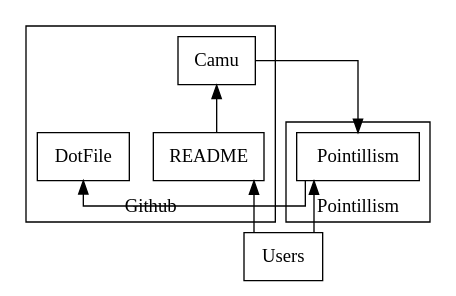
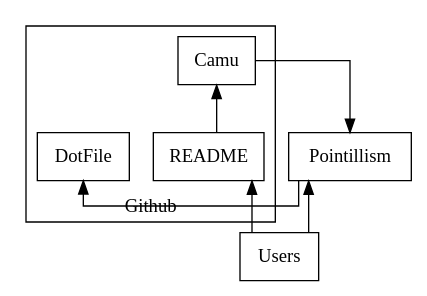
One commit to trevorgrayson/pointillism changed the diagram in pointillism.dot. Above: the diagram before and after it, drawn with Graphviz. The commit also changed 6 other files, not shown here.

```diff
--- a/pointillism.dot
+++ b/pointillism.dot
@@ -1,23 +1,19 @@
 digraph Example {
   node[shape=rectangle]
   splines=ortho
   rankdir=BT
 
   subgraph cluster_Github {
     label = Github
 
     README
     DotFile
     README -> Camu
   }
   Camu -> Pointillism
 
-  subgraph cluster_Pointillism {
-    label="Pointillism"
-    Pointillism
-  }
   Pointillism -> DotFile
 
   Users -> {README}
   Users -> Pointillism
 }
```
